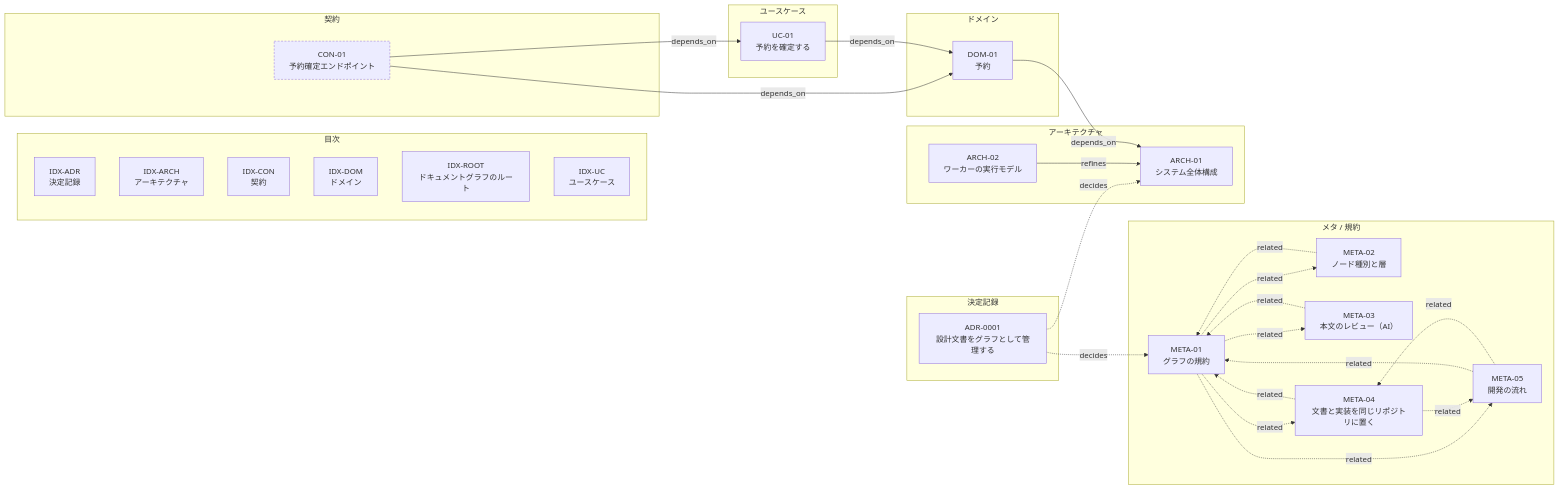
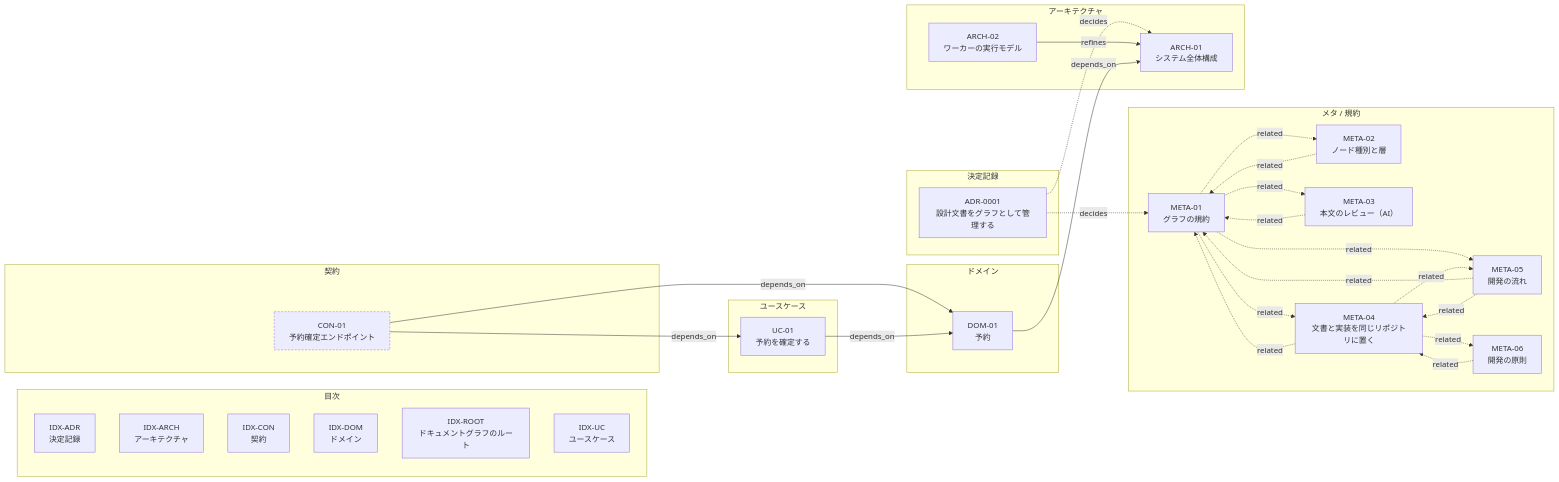
Before and after one commit to setopic/gacha-monitor: the diagram in README.md, drawn with Mermaid. The commit also changed other lines of this file and 8 other files, not shown here.

First line of the commit message:
0.9.0: 開発の原則（META-06）と /lean、GitHub Project への自動追加を足す

````diff
--- a/README.md
+++ b/README.md
@@ -111,54 +113,57 @@
 ```mermaid
 graph LR
   subgraph index["目次"]
     IDX-ADR["IDX-ADR<br/>決定記録"]
     IDX-ARCH["IDX-ARCH<br/>アーキテクチャ"]
     IDX-CON["IDX-CON<br/>契約"]
     IDX-DOM["IDX-DOM<br/>ドメイン"]
     IDX-ROOT["IDX-ROOT<br/>ドキュメントグラフのルート"]
     IDX-UC["IDX-UC<br/>ユースケース"]
   end
   subgraph meta["メタ / 規約"]
     META-01["META-01<br/>グラフの規約"]
     META-02["META-02<br/>ノード種別と層"]
     META-03["META-03<br/>本文のレビュー（AI）"]
     META-04["META-04<br/>文書と実装を同じリポジトリに置く"]
     META-05["META-05<br/>開発の流れ"]
+    META-06["META-06<br/>開発の原則"]
   end
   subgraph architecture["アーキテクチャ"]
     ARCH-01["ARCH-01<br/>システム全体構成"]
     ARCH-02["ARCH-02<br/>ワーカーの実行モデル"]
   end
   subgraph domain["ドメイン"]
     DOM-01["DOM-01<br/>予約"]
   end
   subgraph usecase["ユースケース"]
     UC-01["UC-01<br/>予約を確定する"]
   end
   subgraph contract["契約"]
     CON-01["CON-01<br/>予約確定エンドポイント"]
   end
   subgraph adr["決定記録"]
     ADR-0001["ADR-0001<br/>設計文書をグラフとして管理する"]
   end
   ADR-0001 -.->|decides| META-01
   ADR-0001 -.->|decides| ARCH-01
   ARCH-02 -->|refines| ARCH-01
   CON-01 -->|depends_on| UC-01
   CON-01 -->|depends_on| DOM-01
   DOM-01 -->|depends_on| ARCH-01
   META-01 -.->|related| META-02
   META-01 -.->|related| META-03
   META-01 -.->|related| META-04
   META-01 -.->|related| META-05
   META-02 -.->|related| META-01
   META-03 -.->|related| META-01
   META-04 -.->|related| META-01
   META-04 -.->|related| META-05
+  META-04 -.->|related| META-06
   META-05 -.->|related| META-01
   META-05 -.->|related| META-04
+  META-06 -.->|related| META-04
   UC-01 -->|depends_on| DOM-01
   classDef draft stroke-dasharray: 4\,3;
   classDef deprecated opacity:0.5;
   class CON-01 draft;
 ```
````
